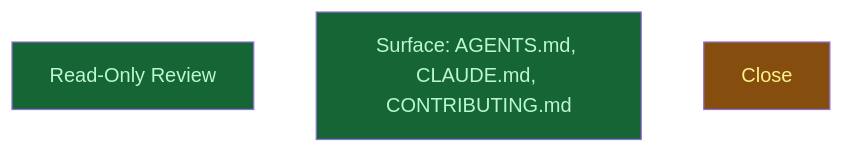
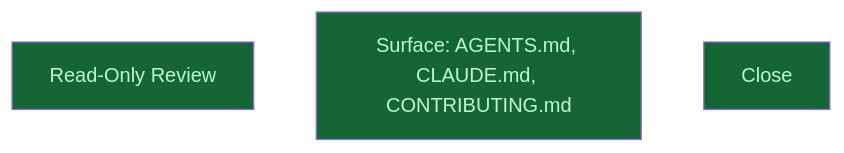
One commit to CrackingShells/colgrep-mcp changed the diagram in __roadmap__/dev_plugin/integrate/README.md. Above: the diagram before and after it, drawn with Mermaid. The commit also changed other lines of this file and 2 other files, not shown here.

Commit message:
docs(roadmap): close the dev_plugin roadmap after the v0.2.0 release
Landed as PR #5 (gh pr merge --merge) and released from the main checkout at
19:10 CEST, 47 minutes after the clock started; every node done.

````diff
--- a/__roadmap__/dev_plugin/integrate/README.md
+++ b/__roadmap__/dev_plugin/integrate/README.md
@@ -17,11 +17,11 @@
 ```mermaid
 graph TD
     review[Read-Only Review]:::done
     surface[Surface: AGENTS.md, CLAUDE.md, CONTRIBUTING.md]:::done
-    close[Close]:::inprogress
+    close[Close]:::done
     classDef done       fill:#166534,color:#bbf7d0
     classDef inprogress fill:#854d0e,color:#fef08a
     classDef planned    fill:#374151,color:#e5e7eb
     classDef amendment  fill:#1e3a5f,color:#bfdbfe
     classDef blocked    fill:#7f1d1d,color:#fecaca
 ```
````
